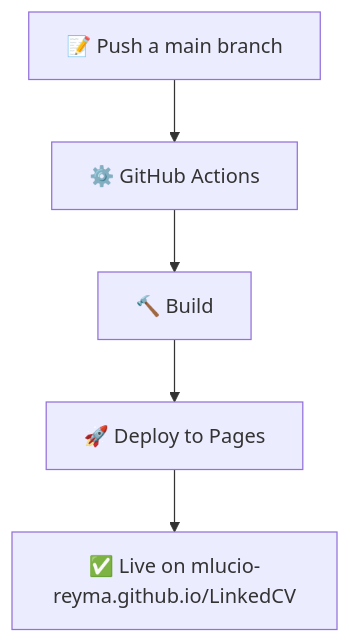
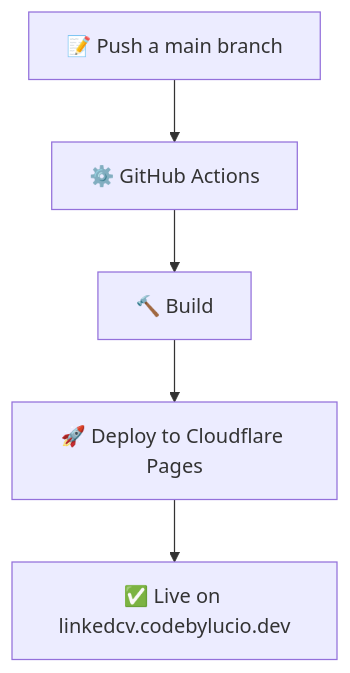
Before and after one commit to mlucio-reyma/LinkedCV: the second of 2 diagrams in README.md, drawn with Mermaid. The commit also changed other lines of this file and 5 other files, not shown here.

First line of the commit message:
feat(deploy): migración de GitHub Pages a Cloudflare con dominio propio

````diff
--- a/README.md
+++ b/README.md
@@ -288,7 +289,7 @@
 ```mermaid
 graph TD
     A[📝 Push a main branch] --> B[⚙️ GitHub Actions]
     B --> C[🔨 Build]
-    C --> D[🚀 Deploy to Pages]
-    D --> E[✅ Live on mlucio-reyma.github.io/LinkedCV]
+    C --> D[🚀 Deploy to Cloudflare Pages]
+    D --> E[✅ Live on linkedcv.codebylucio.dev]
 ```
````
